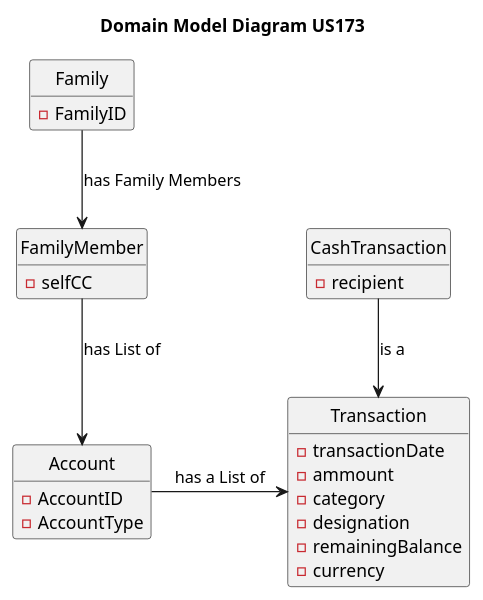
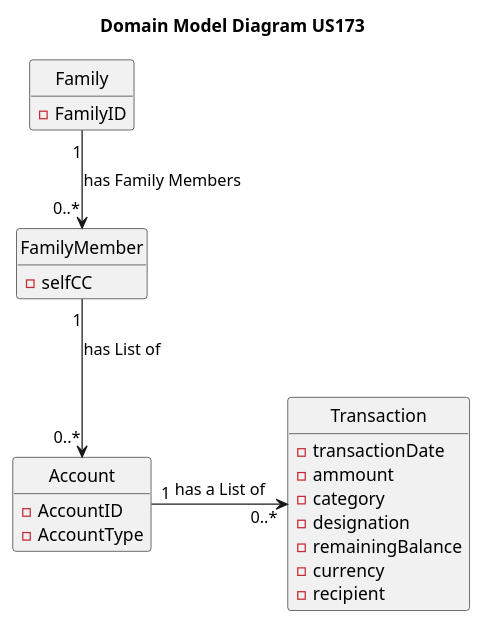
Before and after one commit to tomas-osswald/switch_2020_g3: the second of 5 diagrams in docs/sprint2/user_stories/US181_RegisterPaymentMyCashAccount.md, drawn with PlantUML. The commit also changed 2 other files, not shown here.

````diff
--- a/docs/sprint2/user_stories/US181_RegisterPaymentMyCashAccount.md
+++ b/docs/sprint2/user_stories/US181_RegisterPaymentMyCashAccount.md
@@ -74,36 +74,33 @@
 ```puml
 hide empty members
 hide circle
 title Domain Model Diagram US173
 
 class Family {
 - FamilyID
 }
 
 class FamilyMember {
 - selfCC
 }
 
 class Account {
 - AccountID 
 - AccountType
 }
 
 class Transaction {
 - transactionDate
 - ammount
 - category
 - designation
 - remainingBalance
 - currency
-}
-
-class CashTransaction {
 - recipient
 }
 
-Family -down-> FamilyMember : has Family Members
-FamilyMember -down-> Account  : has List of 
-Account -> Transaction : has a List of
-CashTransaction -down-> Transaction : is a
+
+Family "1" -down-> "0..*" FamilyMember : has Family Members
+FamilyMember "1" -down-> "0..*" Account  : has List of 
+Account "1" -> "0..*" Transaction : has a List of
 ```
````
